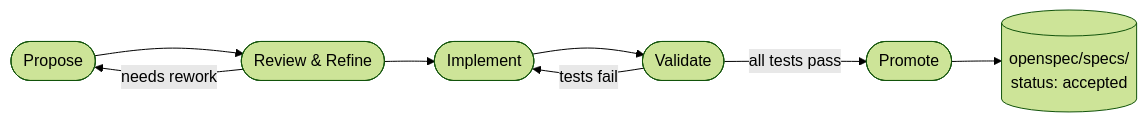
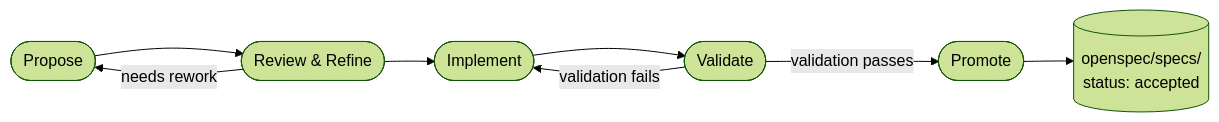
Before and after one commit to clawaimax/openspec-atm: the second of 6 diagrams in README.md, drawn with Mermaid (forest theme). The commit also changed other lines of this file and 13 other files, not shown here.

````diff
--- a/README.md
+++ b/README.md
@@ -125,10 +166,10 @@
 ```mermaid
 flowchart LR
     P([Propose]) --> R([Review & Refine])
     R -->|needs rework| P
     R --> I([Implement])
     I --> V([Validate])
-    V -->|tests fail| I
-    V -->|all tests pass| PR([Promote])
+    V -->|validation fails| I
+    V -->|validation passes| PR([Promote])
     PR --> S[(openspec/specs/\nstatus: accepted)]
 ```
````
